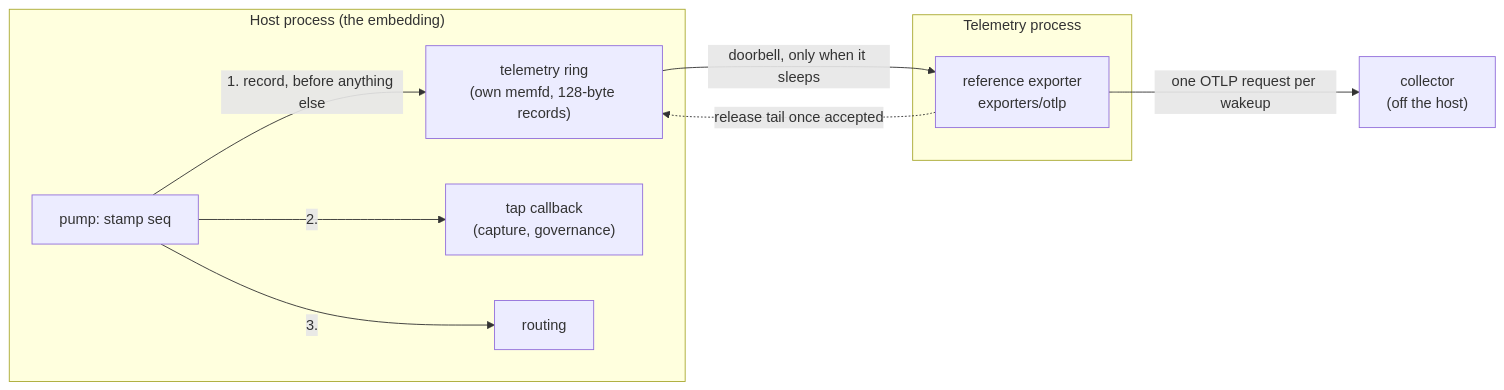
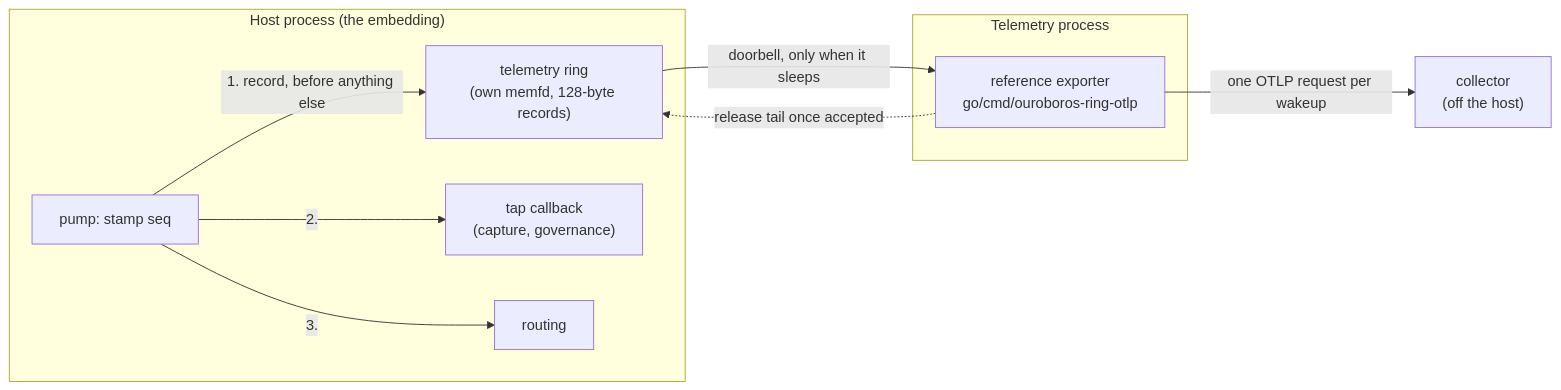
One commit to RakuenSoftware/ouroboros-ring changed the first of 2 diagrams in docs/telemetry.md. Above: the diagram before and after it, drawn with Mermaid. The commit also changed other lines of this file and 12 other files, not shown here.

````diff
--- a/docs/telemetry.md
+++ b/docs/telemetry.md
@@ -9,18 +9,18 @@
 ```mermaid
 flowchart LR
     subgraph hostproc["Host process (the embedding)"]
         P["pump: stamp seq"]
         T["telemetry ring<br/>(own memfd, 128-byte records)"]
         TAP["tap callback<br/>(capture, governance)"]
         R["routing"]
         P -- "1. record, before anything else" --> T
         P -- "2." --> TAP
         P -- "3." --> R
     end
     subgraph exporter["Telemetry process"]
-        X["reference exporter<br/>exporters/otlp"]
+        X["reference exporter<br/>go/cmd/ouroboros-ring-otlp"]
     end
     T -- "doorbell, only when it sleeps" --> X
     X -- "one OTLP request per wakeup" --> COL["collector<br/>(off the host)"]
     X -. "release tail once accepted" .-> T
 ```
````
